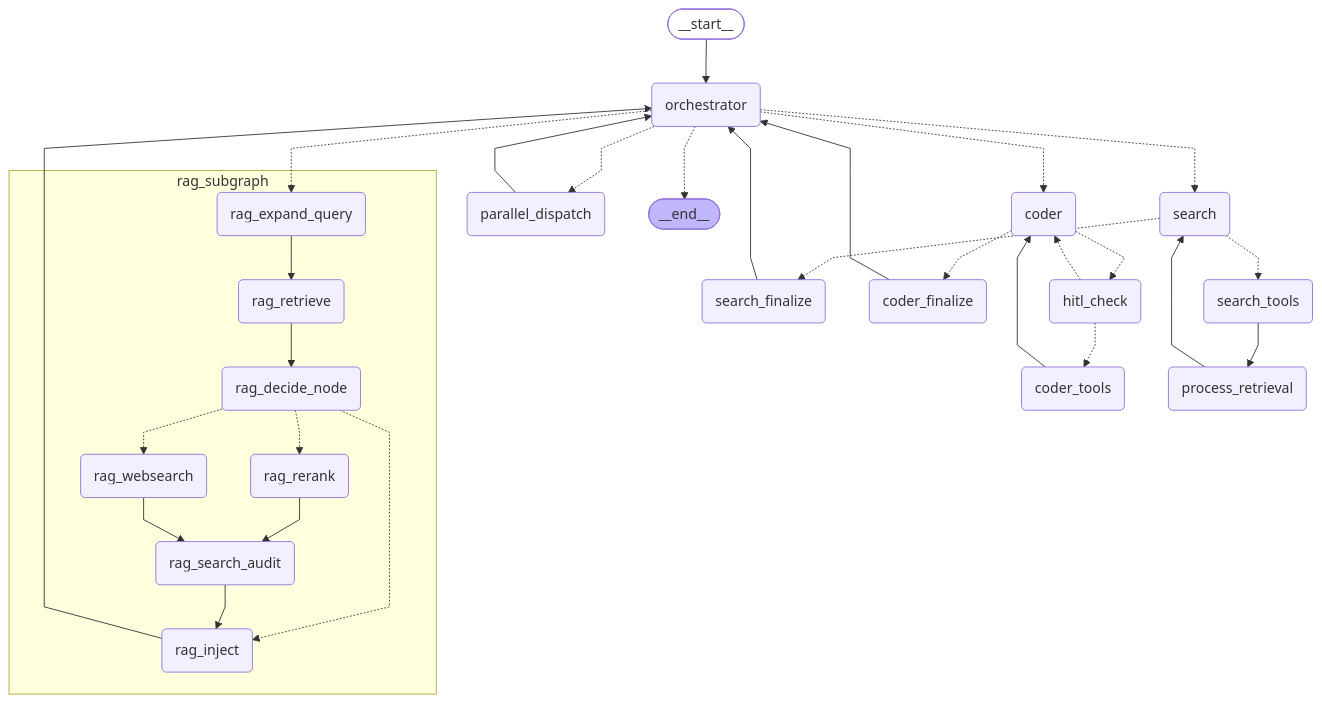
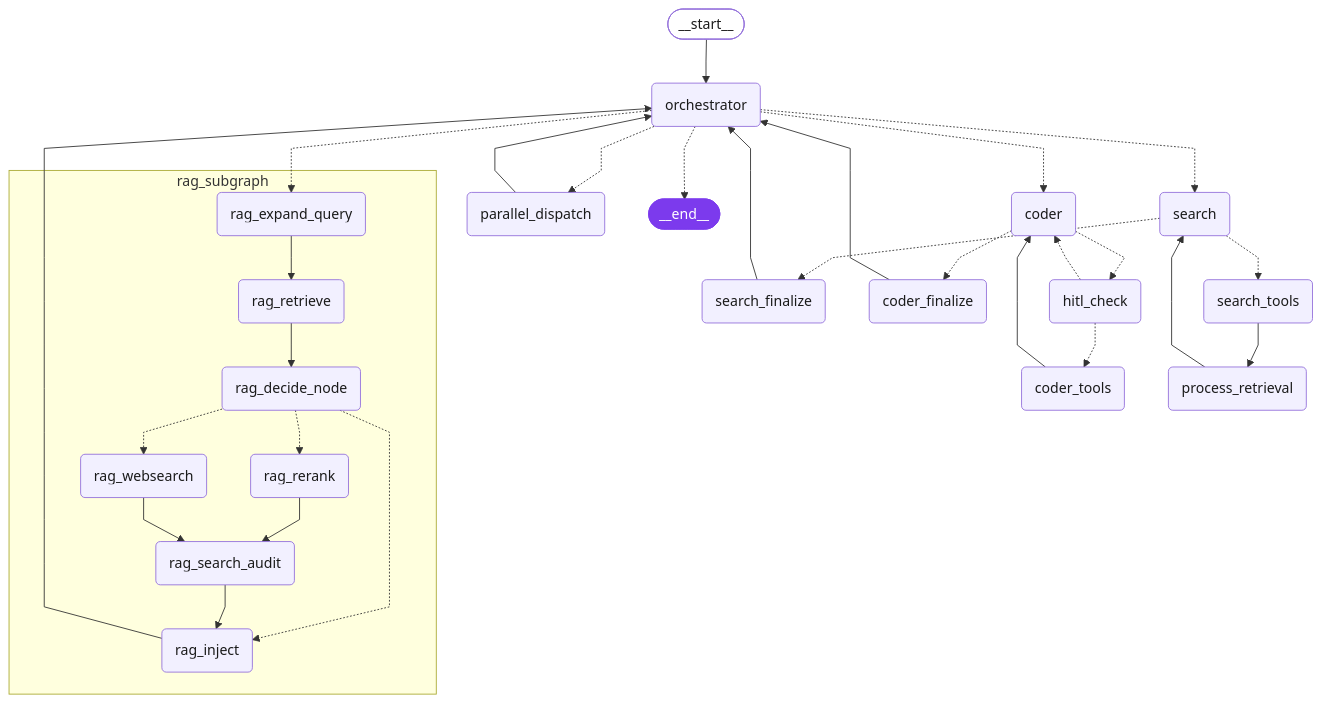
Before and after one commit to brunosrz/vectora: the diagram in README.md, drawn with Mermaid. The commit also changed 1 other file, not shown here.

Commit message:
docs: corrige cores do diagrama Mermaid para dark mode
Adiciona color:#1a1a1a no classDef default e color:#ffffff no classDef
last para que o texto seja legivel em dark mode no GitHub.

````diff
--- a/README.md
+++ b/README.md
@@ -28,59 +28,59 @@
 ```mermaid
 ---
 config:
   flowchart:
     curve: linear
 ---
 graph TD;
 	__start__([<p>__start__</p>]):::first
 	orchestrator(orchestrator)
 	search(search)
 	search_tools(search_tools)
 	search_finalize(search_finalize)
 	coder(coder)
 	hitl_check(hitl_check)
 	coder_tools(coder_tools)
 	coder_finalize(coder_finalize)
 	process_retrieval(process_retrieval)
 	parallel_dispatch(parallel_dispatch)
 	__end__([<p>__end__</p>]):::last
 	__start__ --> orchestrator;
 	coder -.-> coder_finalize;
 	coder -.-> hitl_check;
 	coder_finalize --> orchestrator;
 	coder_tools --> coder;
 	hitl_check -.-> coder;
 	hitl_check -.-> coder_tools;
 	orchestrator -.-> __end__;
 	orchestrator -.-> coder;
 	orchestrator -.-> parallel_dispatch;
 	orchestrator -.-> rag_subgraph:rag_expand_query;
 	orchestrator -.-> search;
 	parallel_dispatch --> orchestrator;
 	process_retrieval --> search;
 	rag_subgraph:rag_inject --> orchestrator;
 	search -.-> search_finalize;
 	search -.-> search_tools;
 	search_finalize --> orchestrator;
 	search_tools --> process_retrieval;
 	subgraph rag_subgraph
 	rag_subgraph:rag_expand_query(rag_expand_query)
 	rag_subgraph:rag_retrieve(rag_retrieve)
 	rag_subgraph:rag_decide_node(rag_decide_node)
 	rag_subgraph:rag_rerank(rag_rerank)
 	rag_subgraph:rag_websearch(rag_websearch)
 	rag_subgraph:rag_search_audit(rag_search_audit)
 	rag_subgraph:rag_inject(rag_inject)
 	rag_subgraph:rag_decide_node -.-> rag_subgraph:rag_inject;
 	rag_subgraph:rag_decide_node -.-> rag_subgraph:rag_rerank;
 	rag_subgraph:rag_decide_node -.-> rag_subgraph:rag_websearch;
 	rag_subgraph:rag_expand_query --> rag_subgraph:rag_retrieve;
 	rag_subgraph:rag_rerank --> rag_subgraph:rag_search_audit;
 	rag_subgraph:rag_retrieve --> rag_subgraph:rag_decide_node;
 	rag_subgraph:rag_search_audit --> rag_subgraph:rag_inject;
 	rag_subgraph:rag_websearch --> rag_subgraph:rag_search_audit;
 	end
-	classDef default fill:#f2f0ff,line-height:1.2
+	classDef default fill:#f2f0ff,color:#1a1a1a,line-height:1.2
 	classDef first fill-opacity:0
-	classDef last fill:#bfb6fc
+	classDef last fill:#7c3aed,color:#ffffff,stroke:#7c3aed
 ```
````
